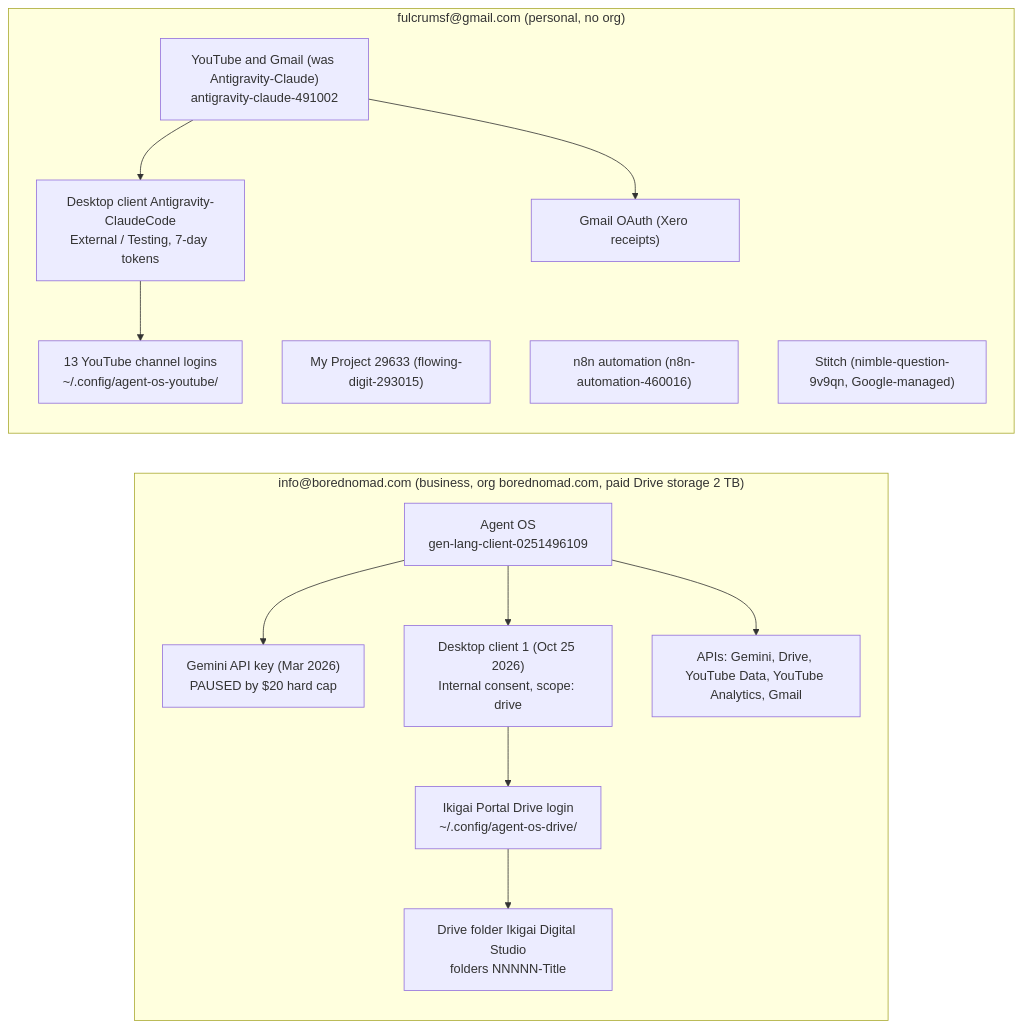
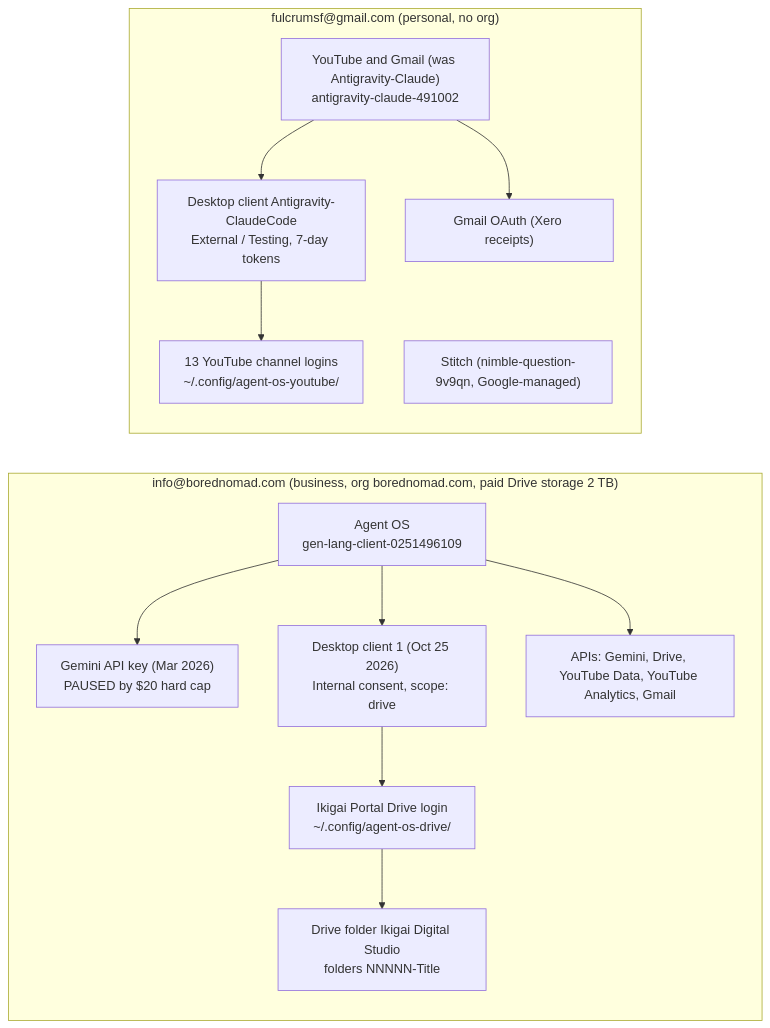
One commit to fulcrumsf/Claude-Agent-V1 changed the diagram in 001_Architecture/Google_Cloud_Map.md. Above: the diagram before and after it, drawn with Mermaid. The commit also changed other lines of this file, not shown here.

````diff
--- a/001_Architecture/Google_Cloud_Map.md
+++ b/001_Architecture/Google_Cloud_Map.md
@@ -12,20 +12,18 @@
 ```mermaid
 flowchart LR
   subgraph BN["info@borednomad.com (business, org borednomad.com, paid Drive storage 2 TB)"]
     A["Agent OS<br/>gen-lang-client-0251496109"]
     A --> A1["Gemini API key (Mar 2026)<br/>PAUSED by $20 hard cap"]
     A --> A2["Desktop client 1 (Oct 25 2026)<br/>Internal consent, scope: drive"]
     A --> A3["APIs: Gemini, Drive, YouTube Data, YouTube Analytics, Gmail"]
     A2 --> D["Ikigai Portal Drive login<br/>~/.config/agent-os-drive/"]
     D --> F["Drive folder Ikigai Digital Studio<br/>folders NNNNN-Title"]
   end
   subgraph PS["fulcrumsf@gmail.com (personal, no org)"]
     P["YouTube and Gmail (was Antigravity-Claude)<br/>antigravity-claude-491002"]
     P --> P1["Desktop client Antigravity-ClaudeCode<br/>External / Testing, 7-day tokens"]
     P1 --> Y["13 YouTube channel logins<br/>~/.config/agent-os-youtube/"]
     P --> P2["Gmail OAuth (Xero receipts)"]
-    X1["My Project 29633 (flowing-digit-293015)"]
-    X2["n8n automation (n8n-automation-460016)"]
     X3["Stitch (nimble-question-9v9qn, Google-managed)"]
   end
 ```
````
